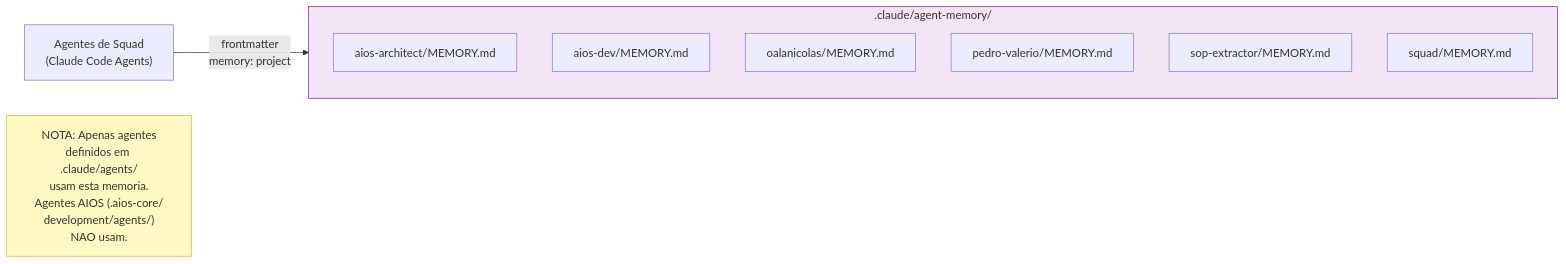
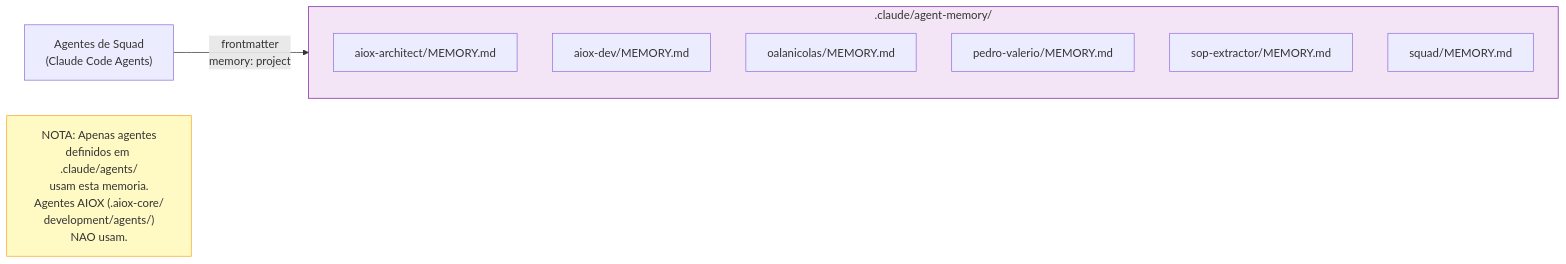
Before and after one commit to brunajunckes/aiox-core: the fifth of 18 diagrams in docs/guides/MEMORY-SYSTEM.md, drawn with Mermaid. The commit also changed other lines of this file and 3396 other files, not shown here.

First line of the commit message:
chore: rebrand aios → aiox across entire codebase (#552)

````diff
--- a/docs/guides/MEMORY-SYSTEM.md
+++ b/docs/guides/MEMORY-SYSTEM.md
@@ -227,18 +227,18 @@
 ```mermaid
 flowchart LR
     subgraph AGENT_MEM[".claude/agent-memory/"]
-        AM1["aios-architect/MEMORY.md"]
-        AM2["aios-dev/MEMORY.md"]
+        AM1["aiox-architect/MEMORY.md"]
+        AM2["aiox-dev/MEMORY.md"]
         AM3["oalanicolas/MEMORY.md"]
         AM4["pedro-valerio/MEMORY.md"]
         AM5["sop-extractor/MEMORY.md"]
         AM6["squad/MEMORY.md"]
     end
 
     SQUAD_AGENTS["Agentes de Squad<br/>(Claude Code Agents)"] -->|"frontmatter<br/>memory: project"| AGENT_MEM
 
-    NOTE["NOTA: Apenas agentes<br/>definidos em .claude/agents/<br/>usam esta memoria.<br/>Agentes AIOS (.aios-core/<br/>development/agents/)<br/>NAO usam."]
+    NOTE["NOTA: Apenas agentes<br/>definidos em .claude/agents/<br/>usam esta memoria.<br/>Agentes AIOX (.aiox-core/<br/>development/agents/)<br/>NAO usam."]
 
     style AGENT_MEM fill:#F3E5F5,stroke:#7B1FA2
     style NOTE fill:#FFF9C4,stroke:#F9A825
 ```
````
